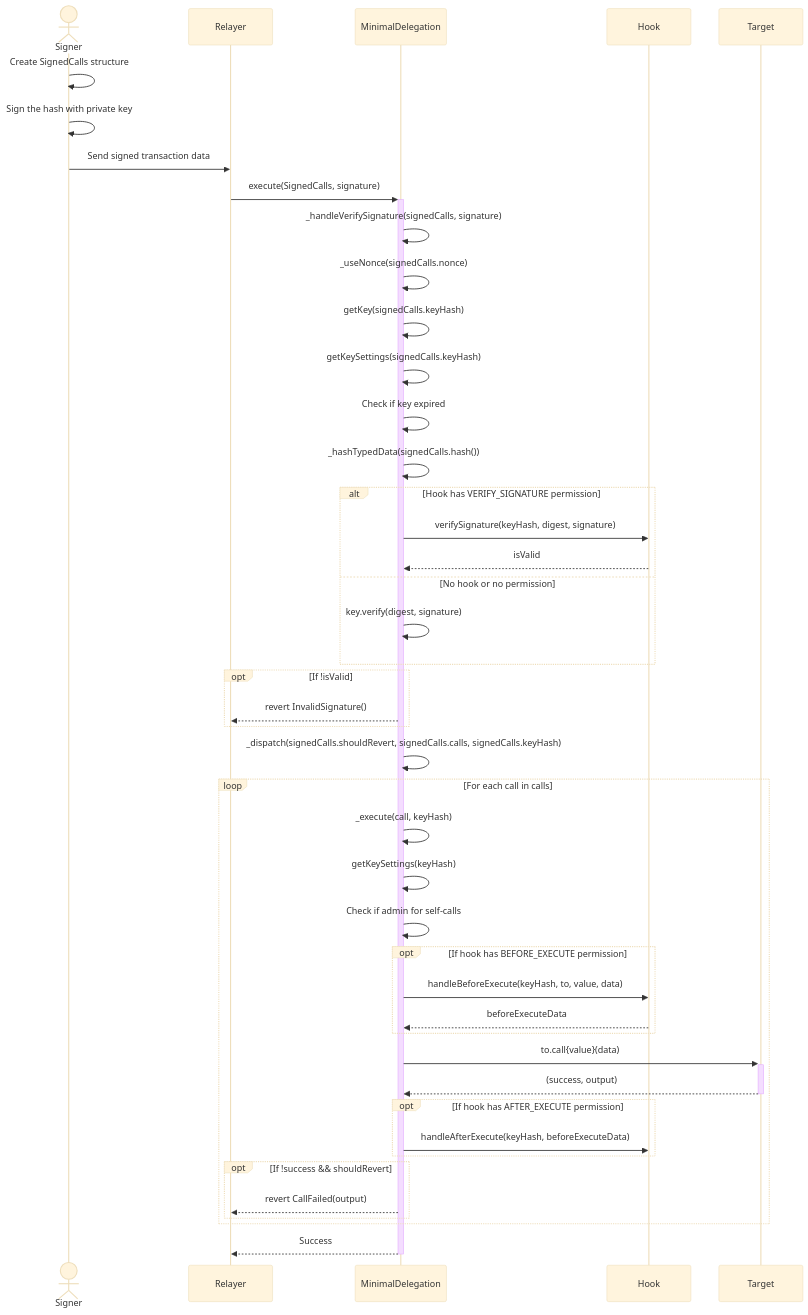
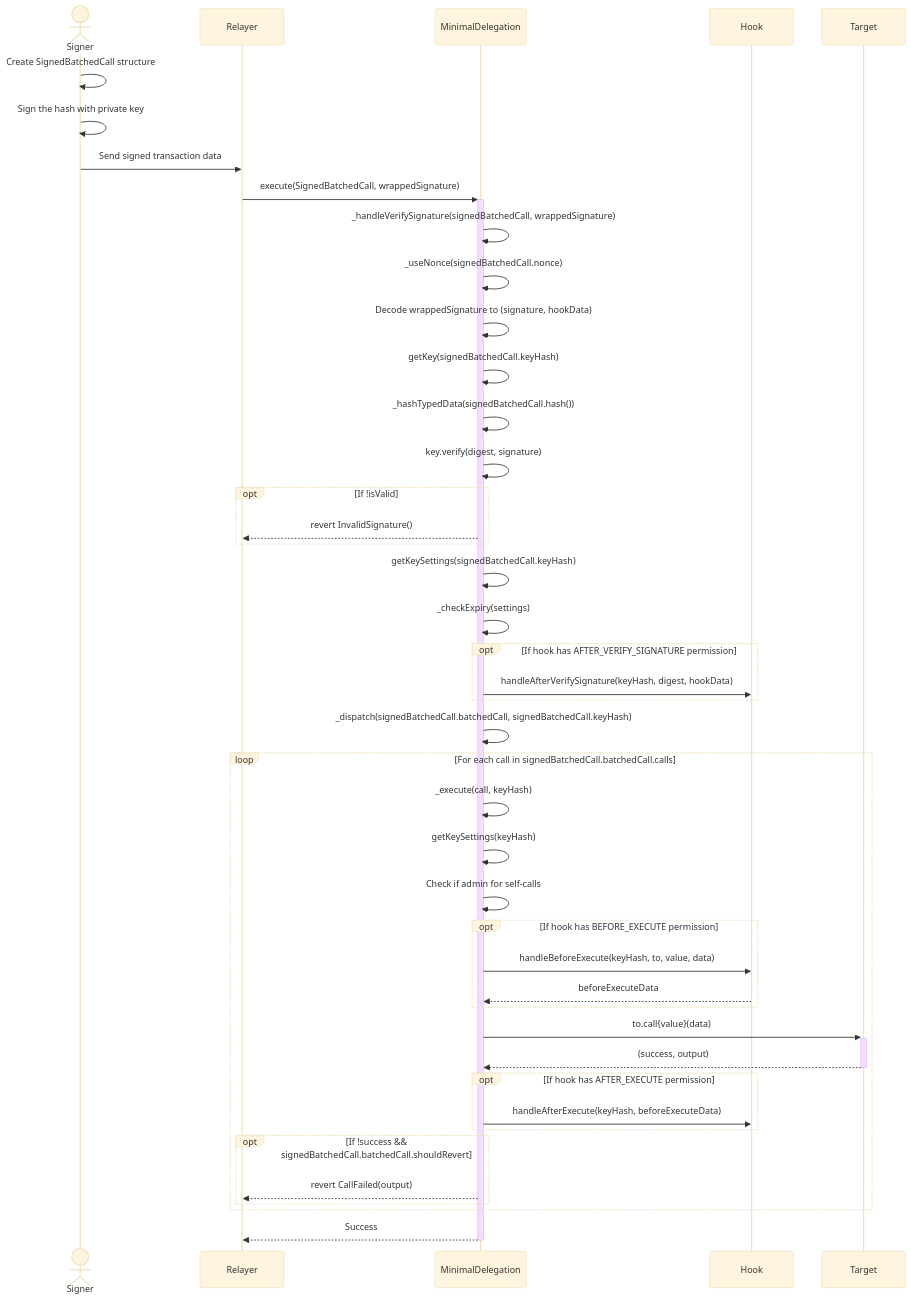
One commit to Uniswap/minimal-delegation changed the third of 6 diagrams in README.md. Above: the diagram before and after it, drawn with Mermaid (base theme). The commit also changed other lines of this file, not shown here.

````diff
--- a/README.md
+++ b/README.md
@@ -81,56 +140,56 @@
 ```mermaid
 sequenceDiagram
     actor Signer
     participant Relayer
     participant Account as MinimalDelegation
     participant Hook
     participant Target
     
-    Signer->>Signer: Create SignedCalls structure
+    Signer->>Signer: Create SignedBatchedCall structure
     Signer->>Signer: Sign the hash with private key
     Signer->>Relayer: Send signed transaction data
-    Relayer->>+Account: execute(SignedCalls, signature)
-    Account->>Account: _handleVerifySignature(signedCalls, signature)
-    Account->>Account: _useNonce(signedCalls.nonce)
-    Account->>Account: getKey(signedCalls.keyHash)
-    Account->>Account: getKeySettings(signedCalls.keyHash)
-    Account->>Account: Check if key expired
-    Account->>Account: _hashTypedData(signedCalls.hash())
-    
-    alt Hook has VERIFY_SIGNATURE permission
-        Account->>Hook: verifySignature(keyHash, digest, signature)
-        Hook-->>Account: isValid
-    else No hook or no permission
-        Account->>Account: key.verify(digest, signature)
-    end
+    Relayer->>+Account: execute(SignedBatchedCall, wrappedSignature)
+    Account->>Account: _handleVerifySignature(signedBatchedCall, wrappedSignature)
+    Account->>Account: _useNonce(signedBatchedCall.nonce)
+    Account->>Account: Decode wrappedSignature to (signature, hookData)
+    Account->>Account: getKey(signedBatchedCall.keyHash)
+    Account->>Account: _hashTypedData(signedBatchedCall.hash())
+    Account->>Account: key.verify(digest, signature)
     
     opt If !isValid
         Account-->>Relayer: revert InvalidSignature()
     end
     
-    Account->>Account: _dispatch(signedCalls.shouldRevert, signedCalls.calls, signedCalls.keyHash)
+    Account->>Account: getKeySettings(signedBatchedCall.keyHash)
+    Account->>Account: _checkExpiry(settings)
     
-    loop For each call in calls
+    opt If hook has AFTER_VERIFY_SIGNATURE permission
+        Account->>Hook: handleAfterVerifySignature(keyHash, digest, hookData)
+    end
+    
+    Account->>Account: _dispatch(signedBatchedCall.batchedCall, signedBatchedCall.keyHash)
+    
+    loop For each call in signedBatchedCall.batchedCall.calls
         Account->>Account: _execute(call, keyHash)
         Account->>Account: getKeySettings(keyHash)
         Account->>Account: Check if admin for self-calls
         
         opt If hook has BEFORE_EXECUTE permission
             Account->>Hook: handleBeforeExecute(keyHash, to, value, data)
             Hook-->>Account: beforeExecuteData
         end
         
         Account->>+Target: to.call{value}(data)
         Target-->>-Account: (success, output)
         
         opt If hook has AFTER_EXECUTE permission
             Account->>Hook: handleAfterExecute(keyHash, beforeExecuteData)
         end
         
-        opt If !success && shouldRevert
+        opt If !success && signedBatchedCall.batchedCall.shouldRevert
             Account-->>Relayer: revert CallFailed(output)
         end
     end
     
     Account-->>-Relayer: Success
 ```
````
